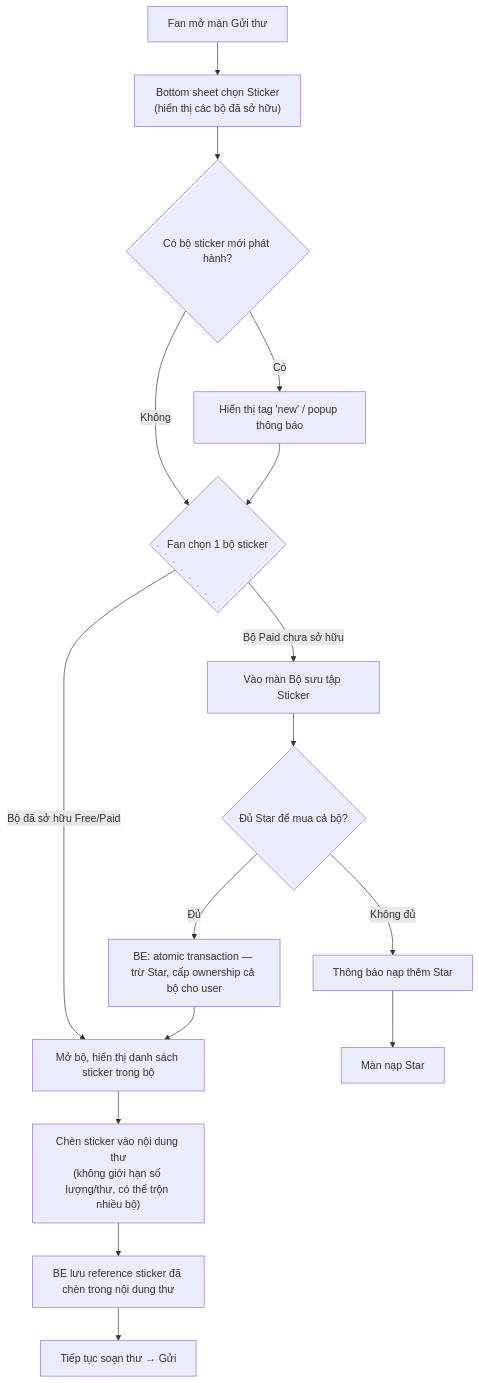
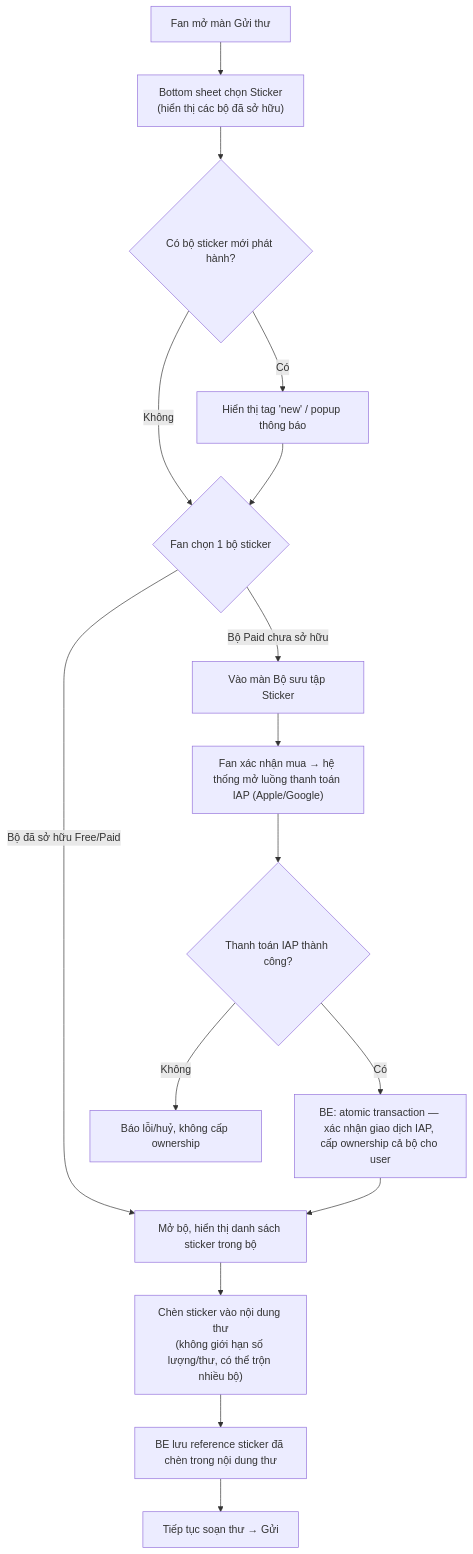
One commit to chrishieu/fana-analysis changed the second of 2 diagrams in FSD_mvp2_Sticker.md. Above: the diagram before and after it, drawn with Mermaid. The commit also changed other lines of this file, not shown here.

Commit message:
Update FSD for MVP2 Sticker feature: clarify payment methods and ownership details for sticker sets, ensuring accurate representation of IAP transactions.

````diff
--- a/FSD_mvp2_Sticker.md
+++ b/FSD_mvp2_Sticker.md
@@ -83,17 +85,18 @@
 ```mermaid
 flowchart TD
     A["Fan mở màn Gửi thư"] --> B["Bottom sheet chọn Sticker<br/>(hiển thị các bộ đã sở hữu)"]
     B --> C{"Có bộ sticker mới phát hành?"}
     C -->|Có| D["Hiển thị tag 'new' / popup thông báo"]
     C -->|Không| E
     D --> E{"Fan chọn 1 bộ sticker"}
     E -->|Bộ đã sở hữu Free/Paid| F["Mở bộ, hiển thị danh sách sticker trong bộ"]
     E -->|Bộ Paid chưa sở hữu| G["Vào màn Bộ sưu tập Sticker"]
-    G --> H{"Đủ Star để mua cả bộ?"}
-    H -->|Đủ| I["BE: atomic transaction — trừ Star, cấp ownership cả bộ cho user"]
-    H -->|Không đủ| J["Thông báo nạp thêm Star"] --> K["Màn nạp Star"]
-    I --> F
+    G --> H["Fan xác nhận mua → hệ thống mở luồng thanh toán IAP (Apple/Google)"]
+    H --> I{"Thanh toán IAP thành công?"}
+    I -->|Có| J["BE: atomic transaction — xác nhận giao dịch IAP, cấp ownership cả bộ cho user"]
+    I -->|Không| K["Báo lỗi/huỷ, không cấp ownership"]
+    J --> F
     F --> L["Chèn sticker vào nội dung thư<br/>(không giới hạn số lượng/thư, có thể trộn nhiều bộ)"]
     L --> M["BE lưu reference sticker đã chèn trong nội dung thư"]
     M --> N["Tiếp tục soạn thư → Gửi"]
 ```
````
